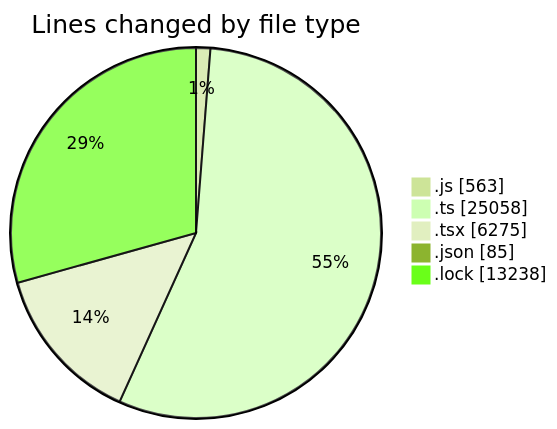
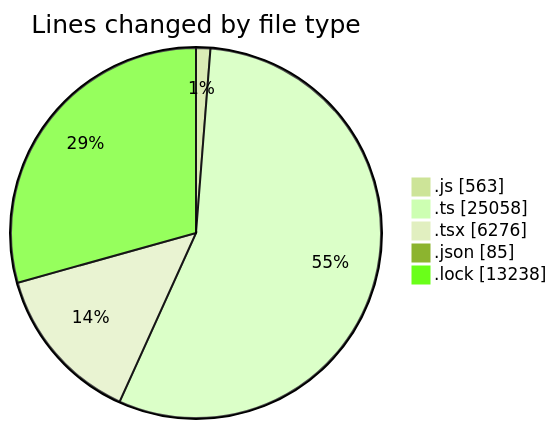
One commit to momahboobian/code-tracking changed the first of 2 diagrams in 2025-11-14/cda/README.md. Above: the diagram before and after it, drawn with Mermaid (forest theme). The commit also changed other lines of this file and 1 other file, not shown here.

````diff
--- a/2025-11-14/cda/README.md
+++ b/2025-11-14/cda/README.md
@@ -45,9 +45,9 @@
 ```mermaid
 pie showData
 title Lines changed by file type
 ".js" : 563
 ".ts" : 25058
-".tsx" : 6275
+".tsx" : 6276
 ".json" : 85
 ".lock" : 13238
 ```
````
